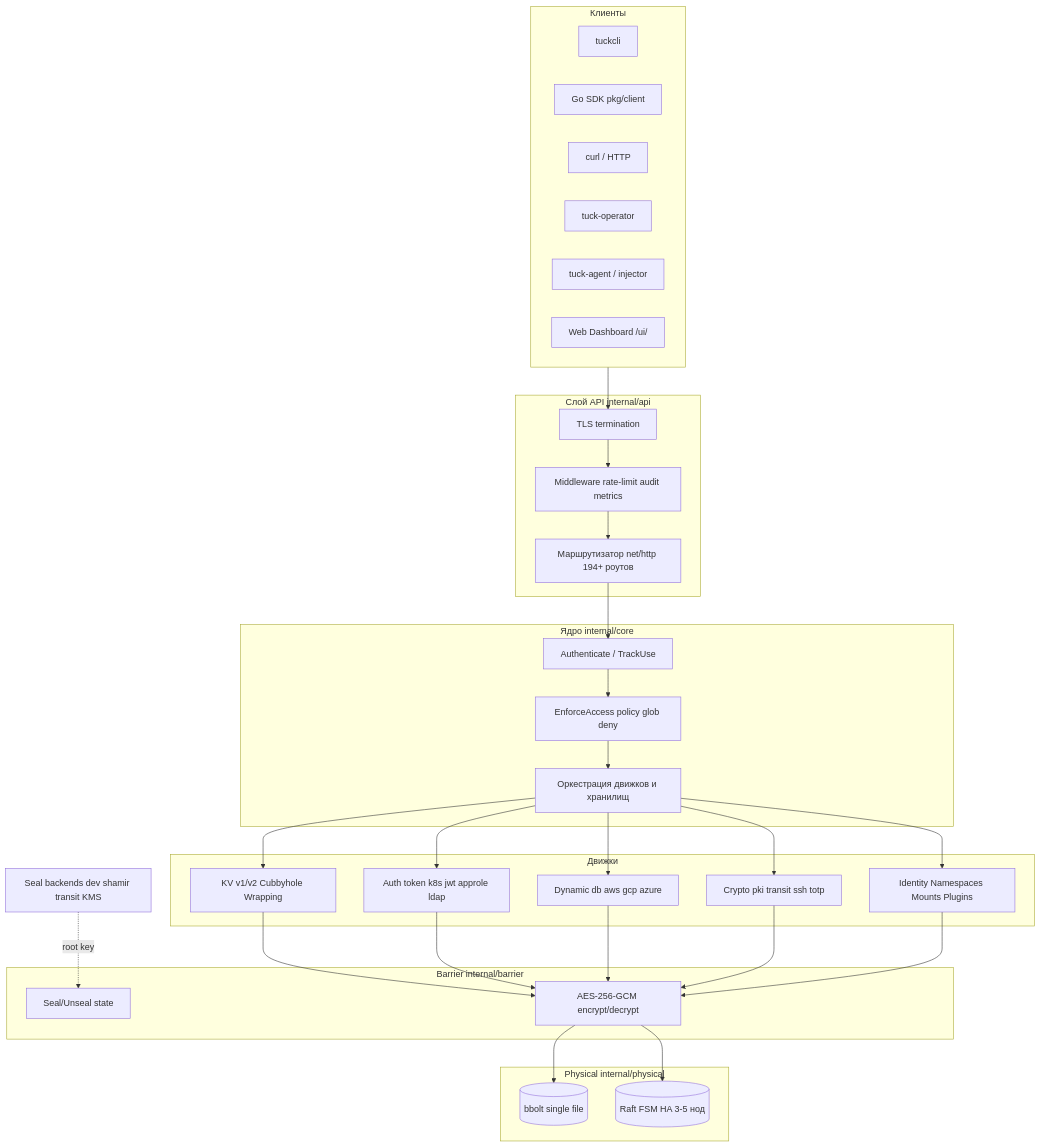
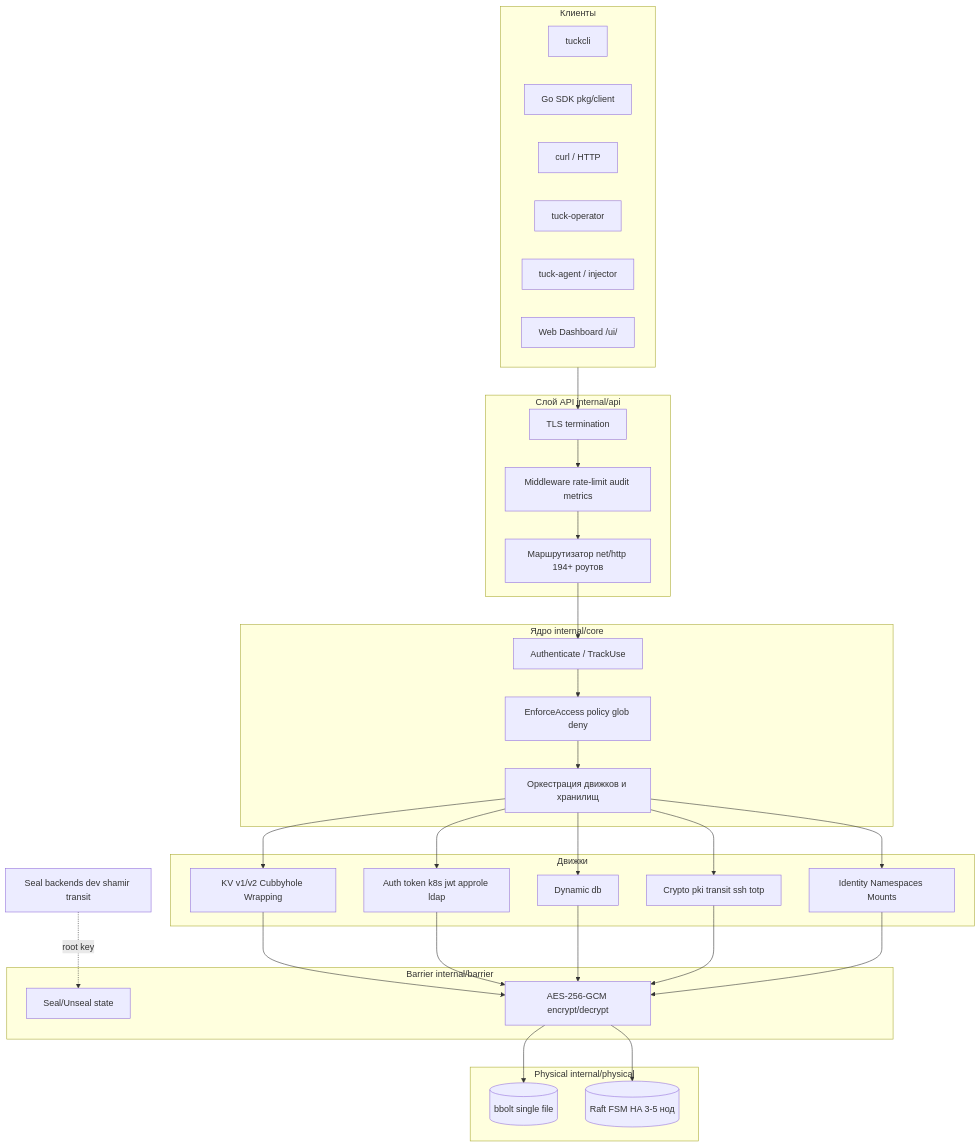
The first of 9 diagrams in docs/02-architecture.md (NAGenaev/tuck), drawn with Mermaid before and after one commit. The commit also changed other lines of this file and 23 other files, not shown here.

````diff
--- a/docs/02-architecture.md
+++ b/docs/02-architecture.md
@@ -24,58 +24,58 @@
 ```mermaid
 flowchart TB
     subgraph clients["Клиенты"]
         CLI[tuckcli]
         SDK["Go SDK pkg/client"]
         CURL["curl / HTTP"]
         OP[tuck-operator]
         INJ["tuck-agent / injector"]
         UIc["Web Dashboard /ui/"]
     end
 
     subgraph api["Слой API internal/api"]
         TLS[TLS termination]
         MW["Middleware rate-limit audit metrics"]
         ROUTES["Маршрутизатор net/http 194+ роутов"]
     end
 
     subgraph core["Ядро internal/core"]
         AUTH["Authenticate / TrackUse"]
         ACL["EnforceAccess policy glob deny"]
         ORCH["Оркестрация движков и хранилищ"]
     end
 
     subgraph engines["Движки"]
         KV["KV v1/v2 Cubbyhole Wrapping"]
         AUTHENG["Auth token k8s jwt approle ldap"]
-        DYN["Dynamic db aws gcp azure"]
+        DYN["Dynamic db"]
         CRYPTO["Crypto pki transit ssh totp"]
-        IDENT["Identity Namespaces Mounts Plugins"]
+        IDENT["Identity Namespaces Mounts"]
     end
 
     subgraph barrier["Barrier internal/barrier"]
         SEAL["Seal/Unseal state"]
         ENC["AES-256-GCM encrypt/decrypt"]
     end
 
     subgraph physical["Physical internal/physical"]
         BBOLT[("bbolt single file")]
         RAFT[("Raft FSM HA 3-5 нод")]
     end
 
-    SEALPROV["Seal backends dev shamir transit KMS"]
+    SEALPROV["Seal backends dev shamir transit"]
 
     clients --> TLS --> MW --> ROUTES --> AUTH --> ACL --> ORCH
     ORCH --> KV
     ORCH --> AUTHENG
     ORCH --> DYN
     ORCH --> CRYPTO
     ORCH --> IDENT
     KV --> ENC
     AUTHENG --> ENC
     DYN --> ENC
     CRYPTO --> ENC
     IDENT --> ENC
     SEALPROV -.->|root key| SEAL
     ENC --> BBOLT
     ENC --> RAFT
 ```
````
